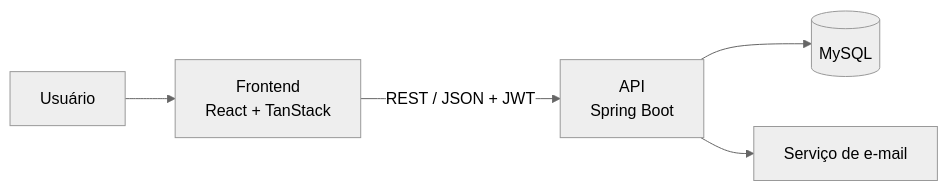
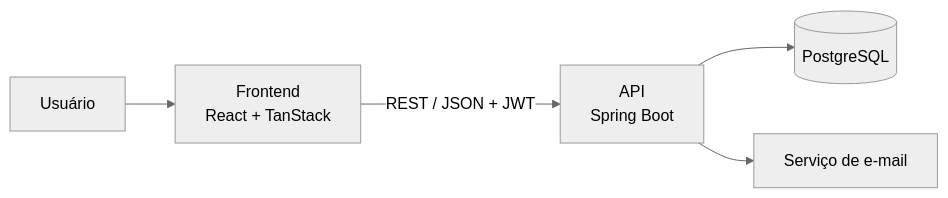
The diagram in README.md (joavlr03/service-flow-api), drawn with Mermaid (neutral theme) before and after one commit. The commit also changed other lines of this file and 12 other files, not shown here.

Commit message:
feat: trocando o banco de dados para fazer uso de postgreSQL e hospedando

````diff
--- a/README.md
+++ b/README.md
@@ -34,7 +34,7 @@
 ```mermaid
 flowchart LR
     U["Usuário"] --> F["Frontend<br/>React + TanStack"]
     F -->|"REST / JSON + JWT"| A["API<br/>Spring Boot"]
-    A --> D[("MySQL")]
+    A --> D[("PostgreSQL")]
     A --> M["Serviço de e-mail"]
 ```
````
